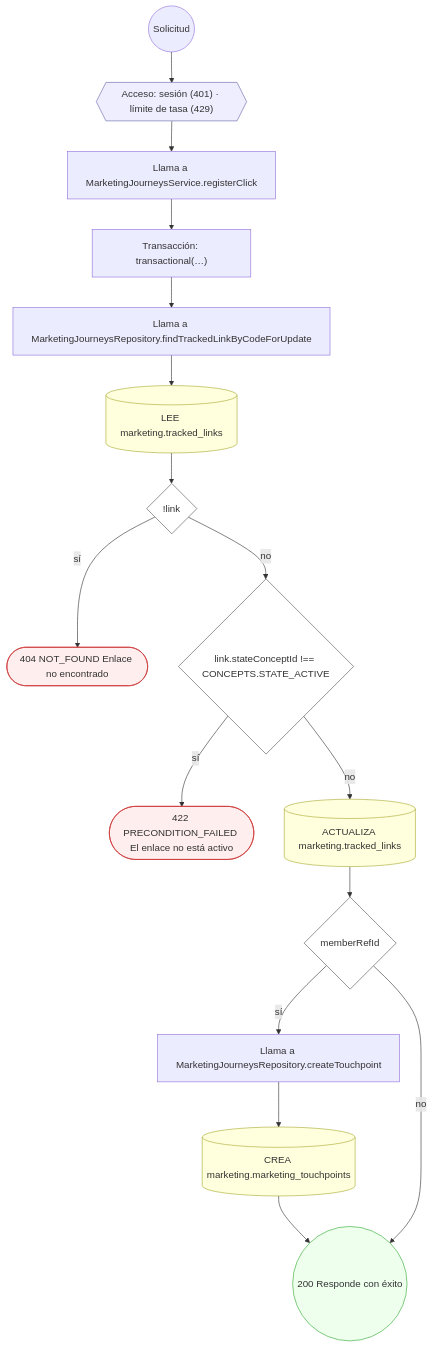
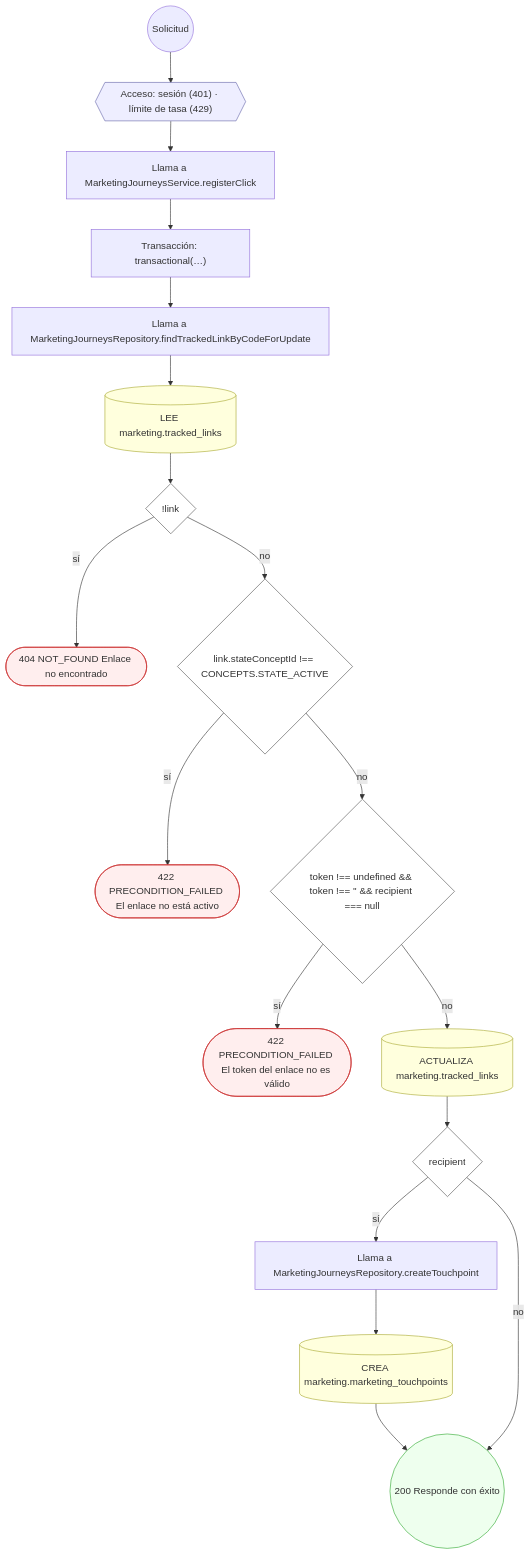
One commit to mdavila-2001/mantra-core-health-api changed diagram 16 of 16 in docs/inventario/flujos/marketing.md. Above: the diagram before and after it, drawn with Mermaid. The commit also changed other lines of this file and 438 other files, not shown here.

````diff
--- a/docs/inventario/flujos/marketing.md
+++ b/docs/inventario/flujos/marketing.md
@@ -994,39 +1095,43 @@
 ```mermaid
 flowchart TD
   n1(("Solicitud")):::inicio
   n2{{"Acceso: sesión (401) · límite de tasa (429)"}}:::acceso
   n1 --> n2
   n3["Llama a MarketingJourneysService.registerClick"]:::llamada
   n2 --> n3
   n4["Transacción: transactional(…)"]:::transaccion
   n3 --> n4
   n5["Llama a MarketingJourneysRepository.findTrackedLinkByCodeForUpdate"]:::llamada
   n4 --> n5
   n6[("LEE marketing.tracked_links")]:::efecto
   n5 --> n6
   n7{"!link"}:::decision
   n6 --> n7
   n8(["404 NOT_FOUND Enlace no encontrado"]):::error
   n7 -->|"sí"| n8
   n9{"link.stateConceptId !== CONCEPTS.STATE_ACTIVE"}:::decision
   n7 -->|"no"| n9
   n10(["422 PRECONDITION_FAILED El enlace no está activo"]):::error
   n9 -->|"sí"| n10
-  n11[("ACTUALIZA marketing.tracked_links")]:::efecto
+  n11{"token !== undefined && token !== '' && recipient === null"}:::decision
   n9 -->|"no"| n11
-  n12{"memberRefId"}:::decision
-  n11 --> n12
-  n13["Llama a MarketingJourneysRepository.createTouchpoint"]:::llamada
-  n12 -->|"sí"| n13
-  n14[("CREA marketing.marketing_touchpoints")]:::efecto
+  n12(["422 PRECONDITION_FAILED El token del enlace no es válido"]):::error
+  n11 -->|"sí"| n12
+  n13[("ACTUALIZA marketing.tracked_links")]:::efecto
+  n11 -->|"no"| n13
+  n14{"recipient"}:::decision
   n13 --> n14
-  n15(("200 Responde con éxito")):::ok
-  n14 --> n15
-  n12 -->|"no"| n15
+  n15["Llama a MarketingJourneysRepository.createTouchpoint"]:::llamada
+  n14 -->|"sí"| n15
+  n16[("CREA marketing.marketing_touchpoints")]:::efecto
+  n15 --> n16
+  n17(("200 Responde con éxito")):::ok
+  n16 --> n17
+  n14 -->|"no"| n17
   classDef acceso fill:#eef,stroke:#66a
   classDef error fill:#fee,stroke:#c33
   classDef ok fill:#efe,stroke:#3a3
   classDef efecto fill:#ffd,stroke:#aa3
   classDef decision fill:#fff,stroke:#555
   classDef corte fill:#eee,stroke:#999,stroke-dasharray: 4
 ```
````
